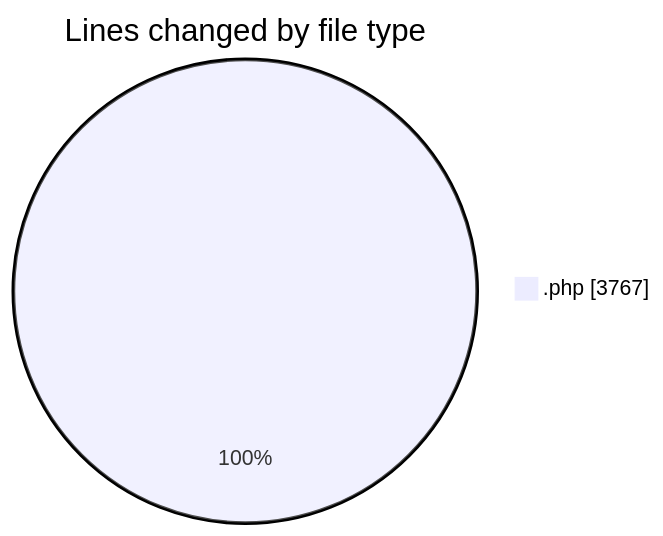
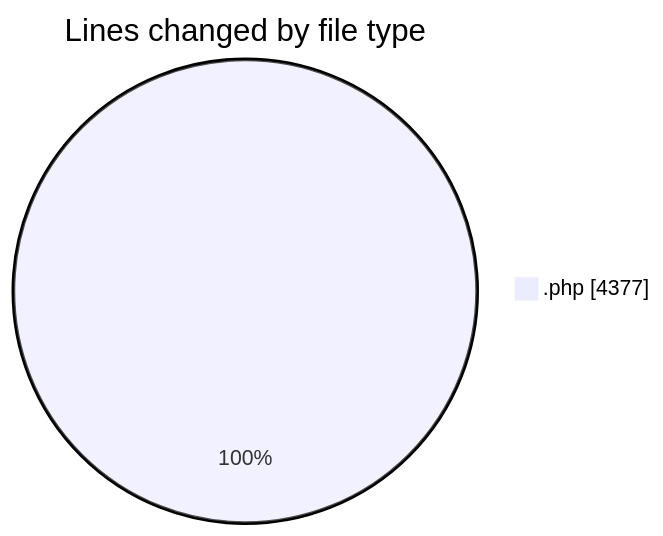
One commit to debugP/code-tracking changed the first of 2 diagrams in 2026-08-05/untitled__workspace_/README.md. Above: the diagram before and after it, drawn with Mermaid. The commit also changed other lines of this file and 1 other file, not shown here.

````diff
--- a/2026-08-05/untitled__workspace_/README.md
+++ b/2026-08-05/untitled__workspace_/README.md
@@ -21,5 +22,5 @@
 ```mermaid
 pie showData
 title Lines changed by file type
-".php" : 3767
+".php" : 4377
 ```
````
